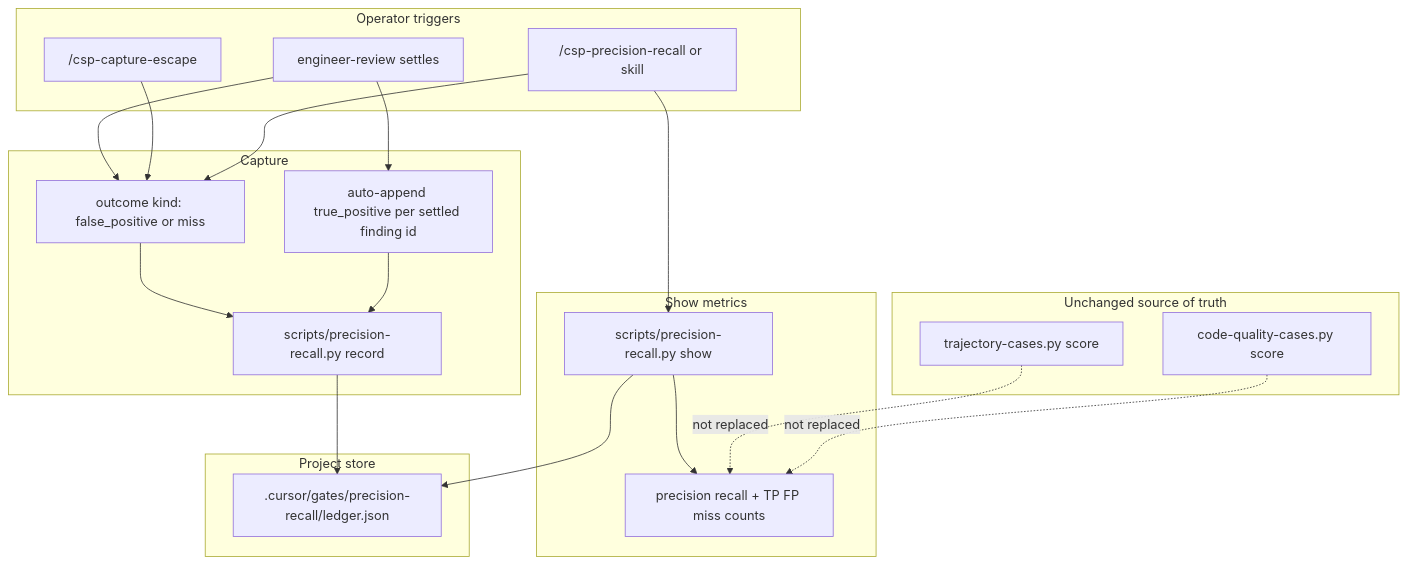
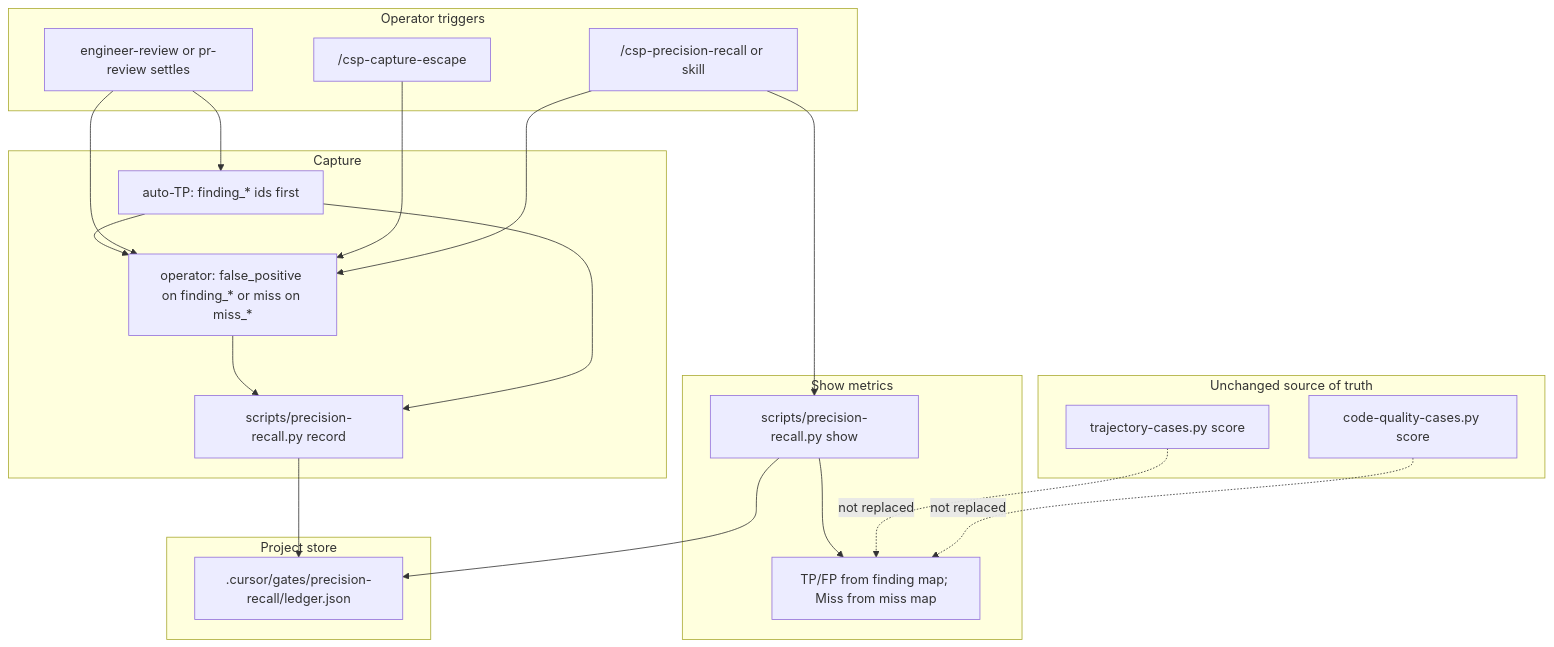
One commit to a-trembak/cursor-spells changed the diagram in docs/superpowers/specs/2026-09-10-precision-recall-system-design.md. Above: the diagram before and after it, drawn with Mermaid. The commit also changed other lines of this file, not shown here.

First line of the commit message:
Revise precision/recall system design for namespace isolation.

````diff
--- a/docs/superpowers/specs/2026-09-10-precision-recall-system-design.md
+++ b/docs/superpowers/specs/2026-09-10-precision-recall-system-design.md
@@ -53,41 +54,42 @@
 ```mermaid
 flowchart TD
   subgraph triggers [Operator triggers]
-    ER[engineer-review settles]
+    ER[engineer-review or pr-review settles]
     CE["/csp-capture-escape"]
     CMD["/csp-precision-recall or skill"]
   end
 
   subgraph capture [Capture]
-    ASK[outcome kind: false_positive or miss]
-    TP[auto-append true_positive per settled finding id]
+    TP["auto-TP: finding_* ids first"]
+    ASK["operator: false_positive on finding_* or miss on miss_*"]
     PY["scripts/precision-recall.py record"]
   end
 
   subgraph store [Project store]
     LED[".cursor/gates/precision-recall/ledger.json"]
   end
 
   subgraph show [Show metrics]
     SHOW["scripts/precision-recall.py show"]
-    OUT[precision recall + TP FP miss counts]
+    OUT["TP/FP from finding map; Miss from miss map"]
   end
 
   subgraph untouched [Unchanged source of truth]
     TR["trajectory-cases.py score"]
     CQ["code-quality-cases.py score"]
   end
 
   ER --> TP
+  TP --> ASK
   ER --> ASK
   CE --> ASK
   CMD --> ASK
   CMD --> SHOW
   ASK --> PY
   TP --> PY
   PY --> LED
   SHOW --> LED
   SHOW --> OUT
   TR -.->|not replaced| OUT
   CQ -.->|not replaced| OUT
 ```
````
